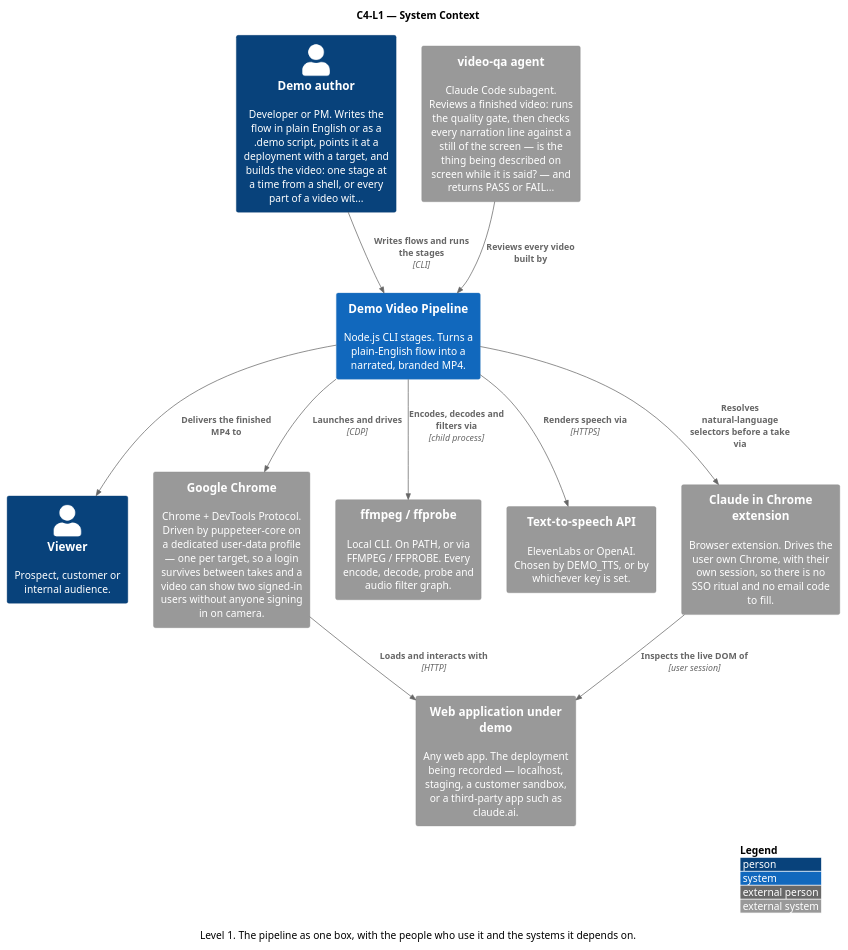
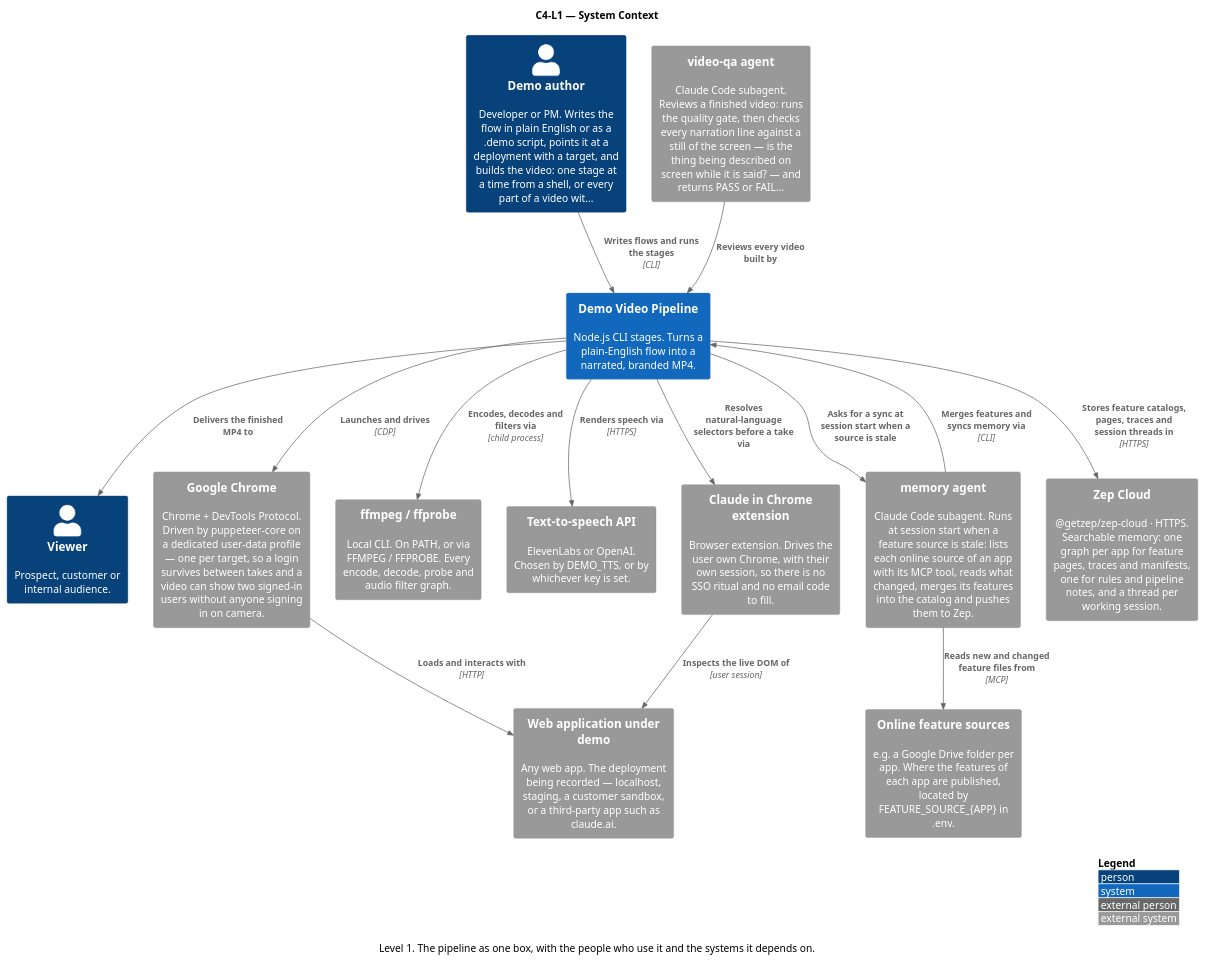
The diagram in docs/c4-l1-context.puml (ssunduko/product-video), drawn with PlantUML before and after one commit. The commit also changed 7 other files, not shown here.

First line of the commit message:
Draw Zep and the memory stage at every level; enforce diagram coverage

```diff
--- a/docs/c4-l1-context.puml
+++ b/docs/c4-l1-context.puml
@@ -1,31 +1,38 @@
 @startuml c4-l1-context
 ' Generated by docs/c4-model.mjs — do not edit; edit the model and re-run.
 !include <C4/C4_Context>
 ' No bundled C4 stdlib? Replace the line above with:
 ' !include https://raw.githubusercontent.com/plantuml-stdlib/C4-PlantUML/master/C4_Context.puml
 
 title C4-L1 — System Context
 caption Level 1. The pipeline as one box, with the people who use it and the systems it depends on.
 
 Person(demo_author, "Demo author", "Developer or PM. Writes the flow in plain English or as a .demo script, points it at a deployment with a target, and builds the video: one stage at a time from a shell, or every part of a video wit...")
 System(demo_video_pipeline, "Demo Video Pipeline", "Node.js CLI stages. Turns a plain-English flow into a narrated, branded MP4.")
 Person(viewer, "Viewer", "Prospect, customer or internal audience.")
 System_Ext(google_chrome, "Google Chrome", "Chrome + DevTools Protocol. Driven by puppeteer-core on a dedicated user-data profile — one per target, so a login survives between takes and a video can show two signed-in users without anyone signing in on camera.")
 System_Ext(web_application_under_demo, "Web application under demo", "Any web app. The deployment being recorded — localhost, staging, a customer sandbox, or a third-party app such as claude.ai.")
 System_Ext(ffmpeg_ffprobe, "ffmpeg / ffprobe", "Local CLI. On PATH, or via FFMPEG / FFPROBE. Every encode, decode, probe and audio filter graph.")
 System_Ext(text_to_speech_api, "Text-to-speech API", "ElevenLabs or OpenAI. Chosen by DEMO_TTS, or by whichever key is set.")
 System_Ext(claude_in_chrome_extension, "Claude in Chrome extension", "Browser extension. Drives the user own Chrome, with their own session, so there is no SSO ritual and no email code to fill.")
 System_Ext(video_qa_agent, "video-qa agent", "Claude Code subagent. Reviews a finished video: runs the quality gate, then checks every narration line against a still of the screen — is the thing being described on screen while it is said? — and returns PASS or FAIL...")
+System_Ext(memory_agent, "memory agent", "Claude Code subagent. Runs at session start when a feature source is stale: lists each online source of an app with its MCP tool, reads what changed, merges its features into the catalog and pushes them to Zep.")
+System_Ext(online_feature_sources, "Online feature sources", "e.g. a Google Drive folder per app. Where the features of each app are published, located by FEATURE_SOURCE_{APP} in .env.")
+System_Ext(zep_cloud, "Zep Cloud", "@getzep/zep-cloud · HTTPS. Searchable memory: one graph per app for feature pages, traces and manifests, one for rules and pipeline notes, and a thread per working session.")
 
 Rel(demo_author, demo_video_pipeline, "Writes flows and runs the stages", "CLI")
 Rel(demo_video_pipeline, claude_in_chrome_extension, "Resolves natural-language selectors before a take via")
 Rel(claude_in_chrome_extension, web_application_under_demo, "Inspects the live DOM of", "user session")
 Rel(demo_video_pipeline, viewer, "Delivers the finished MP4 to")
 Rel(demo_video_pipeline, google_chrome, "Launches and drives", "CDP")
 Rel(google_chrome, web_application_under_demo, "Loads and interacts with", "HTTP")
 Rel(demo_video_pipeline, ffmpeg_ffprobe, "Encodes, decodes and filters via", "child process")
 Rel(demo_video_pipeline, text_to_speech_api, "Renders speech via", "HTTPS")
 Rel(video_qa_agent, demo_video_pipeline, "Reviews every video built by")
+Rel(demo_video_pipeline, zep_cloud, "Stores feature catalogs, pages, traces and session threads in", "HTTPS")
+Rel(memory_agent, online_feature_sources, "Reads new and changed feature files from", "MCP")
+Rel(memory_agent, demo_video_pipeline, "Merges features and syncs memory via", "CLI")
+Rel(demo_video_pipeline, memory_agent, "Asks for a sync at session start when a source is stale")
 
 LAYOUT_WITH_LEGEND()
 @enduml
```
